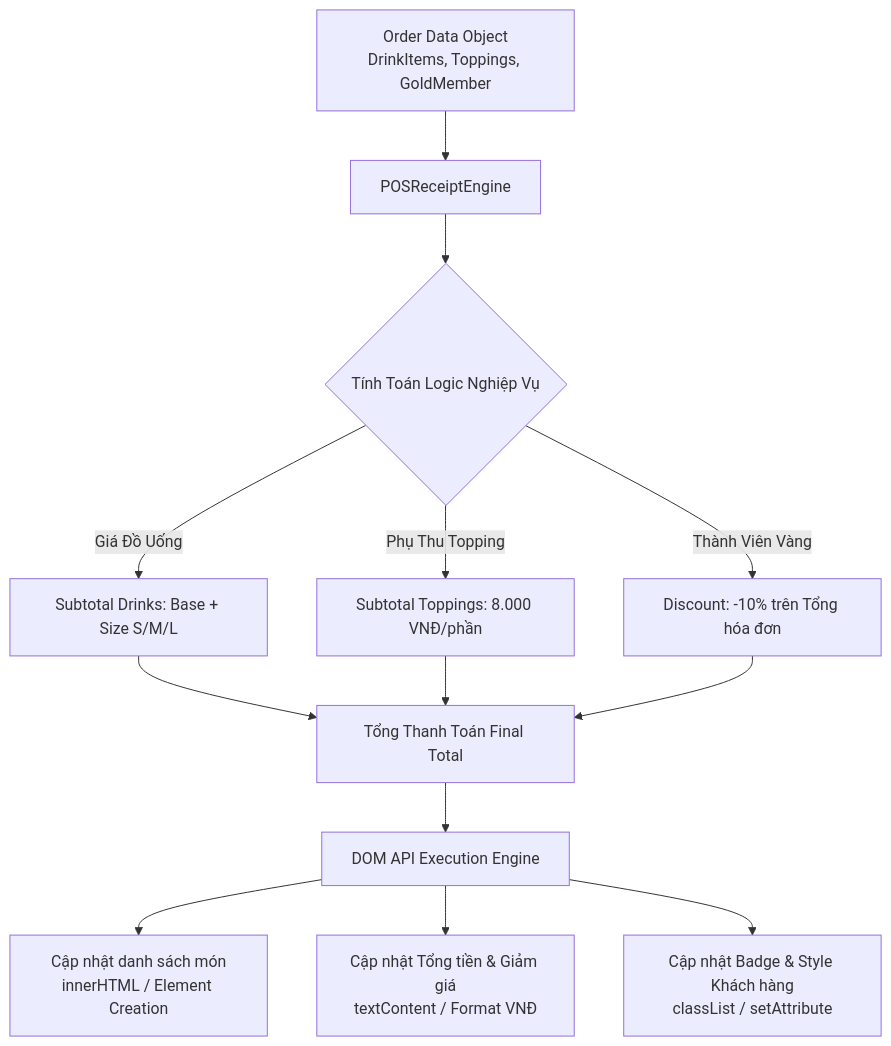
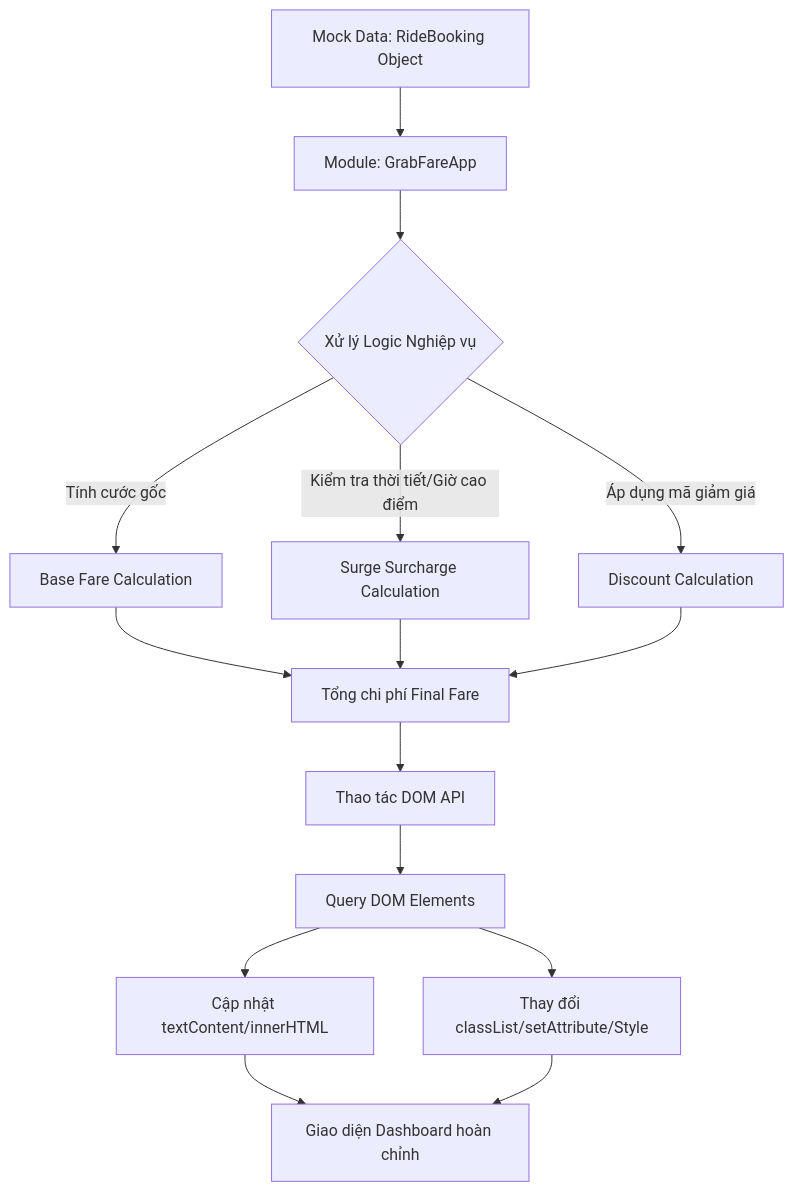
One commit to ngoquy12/learning_material changed the diagram in output/pms/Phát_triển_ứng_dụng_web/Session 17 - Tương tác DOM API (Document Object Model)- Truy xuất và Thay đổi Nội dung/Bài tập/bai_tap_15.md. Above: the diagram before and after it, drawn with Mermaid. The commit also changed other lines of this file and 152 other files, not shown here.

Commit message:
feat(domain): implement Session Domain Anchor Architecture for 100% unified domain consistency across all session resources

````diff
--- a/output/pms/Phát_triển_ứng_dụng_web/Session 17 - Tương tác DOM API (Document Object Model)- Truy xuất và Thay đổi Nội dung/Bài tập/bai_tap_15.md
+++ b/output/pms/Phát_triển_ứng_dụng_web/Session 17 - Tương tác DOM API (Document Object Model)- Truy xuất và Thay đổi Nội dung/Bài tập/bai_tap_15.md
@@ -17,13 +17,14 @@
 ```mermaid
 graph TD
-    A[Order Data Object<br/>DrinkItems, Toppings, GoldMember] --> B[POSReceiptEngine]
-    B --> C{Tính Toán Logic Nghiệp Vụ}
-    C -->|Giá Đồ Uống| D[Subtotal Drinks: Base + Size S/M/L]
-    C -->|Phụ Thu Topping| E[Subtotal Toppings: 8.000 VNĐ/phần]
-    C -->|Thành Viên Vàng| F[Discount: -10% trên Tổng hóa đơn]
-    D & E & F --> G[Tổng Thanh Toán Final Total]
-    G --> H[DOM API Execution Engine]
-    H --> I[Cập nhật danh sách món<br/>innerHTML / Element Creation]
-    H --> J[Cập nhật Tổng tiền & Giảm giá<br/>textContent / Format VNĐ]
-    H --> K[Cập nhật Badge & Style Khách hàng<br/>classList / setAttribute]
+    A[Mock Data: RideBooking Object] --> B[Module: GrabFareApp]
+    B --> C{Xử lý Logic Nghiệp vụ}
+    C -->|Tính cước gốc| D[Base Fare Calculation]
+    C -->|Kiểm tra thời tiết/Giờ cao điểm| E[Surge Surcharge Calculation]
+    C -->|Áp dụng mã giảm giá| F[Discount Calculation]
+    D & E & F --> G[Tổng chi phí Final Fare]
+    G --> H[Thao tác DOM API]
+    H --> I[Query DOM Elements]
+    I --> J[Cập nhật textContent/innerHTML]
+    I --> K[Thay đổi classList/setAttribute/Style]
+    J & K --> L[Giao diện Dashboard hoàn chỉnh]
 ```
````
